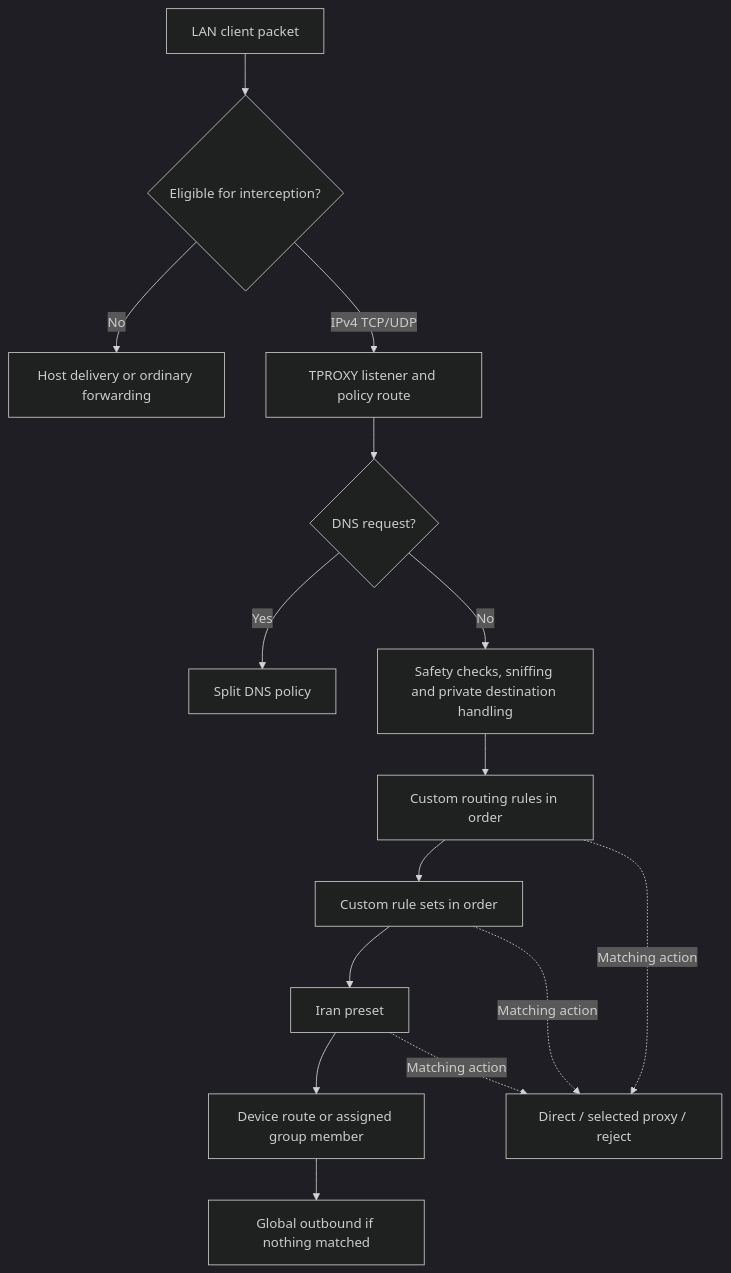
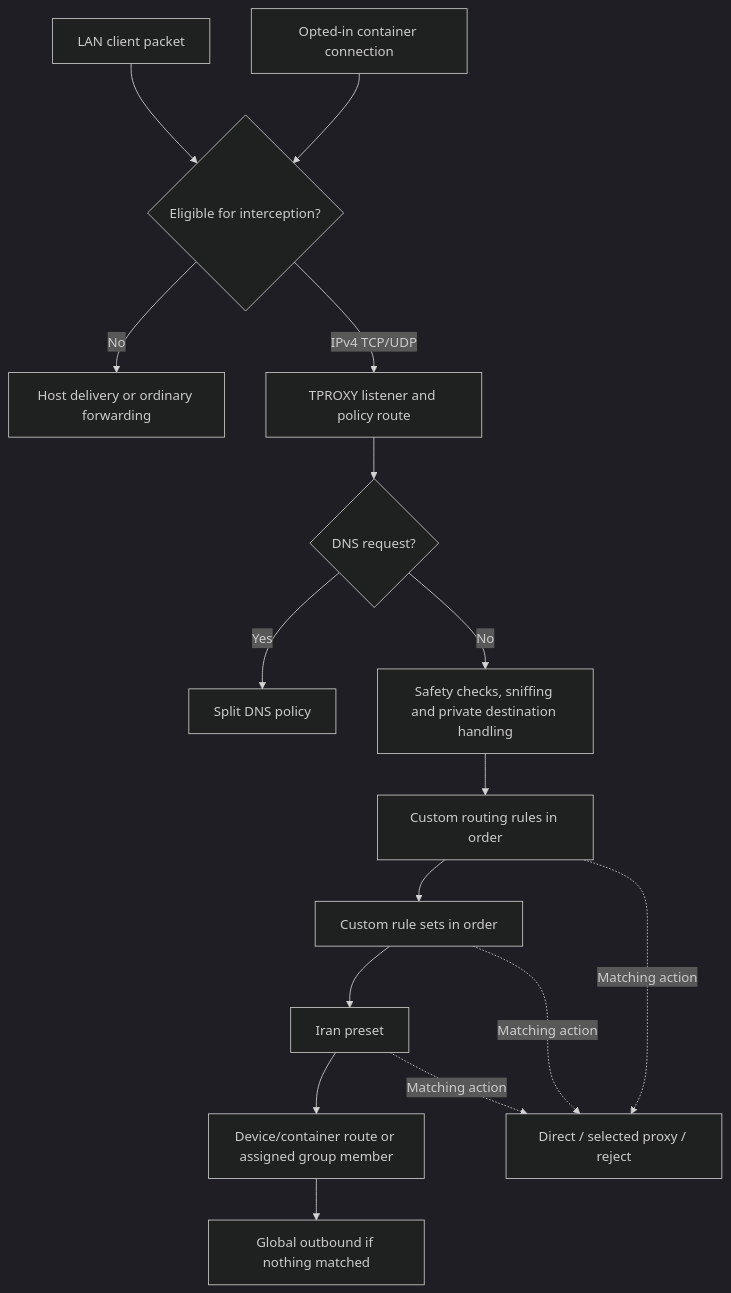
The diagram in docs/routing.md (zkec/HooLAN), drawn with Mermaid (dark theme) before and after one commit. The commit also changed other lines of this file and 33 other files, not shown here.

````diff
--- a/docs/routing.md
+++ b/docs/routing.md
@@ -14,17 +15,18 @@
 ```mermaid
 flowchart TD
   LAN[LAN client packet] --> Eligible{Eligible for interception?}
+  Container[Opted-in container connection] --> Eligible
   Eligible -->|No| Host[Host delivery or ordinary forwarding]
   Eligible -->|IPv4 TCP/UDP| TPROXY[TPROXY listener and policy route]
   TPROXY --> DNS{DNS request?}
   DNS -->|Yes| Resolver[Split DNS policy]
   DNS -->|No| Safety[Safety checks, sniffing and private destination handling]
   Safety --> Custom[Custom routing rules in order]
   Custom --> Sets[Custom rule sets in order]
   Sets --> Iran[Iran preset]
-  Iran --> Device[Device route or assigned group member]
+  Iran --> Device[Device/container route or assigned group member]
   Device --> Default[Global outbound if nothing matched]
   Custom -. Matching action .-> Action[Direct / selected proxy / reject]
   Sets -. Matching action .-> Action
   Iran -. Matching action .-> Action
 ```
````
